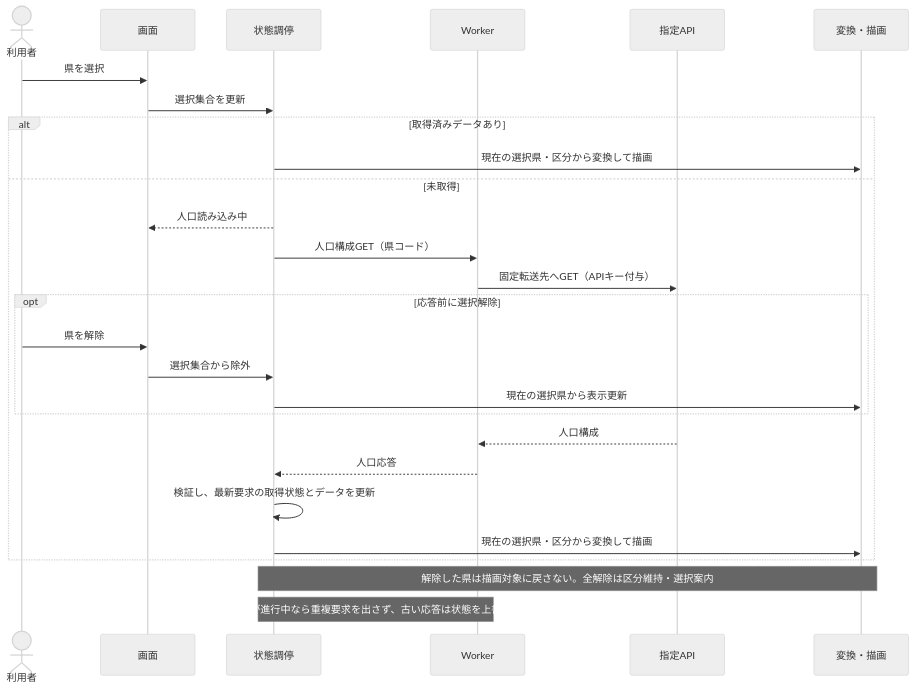
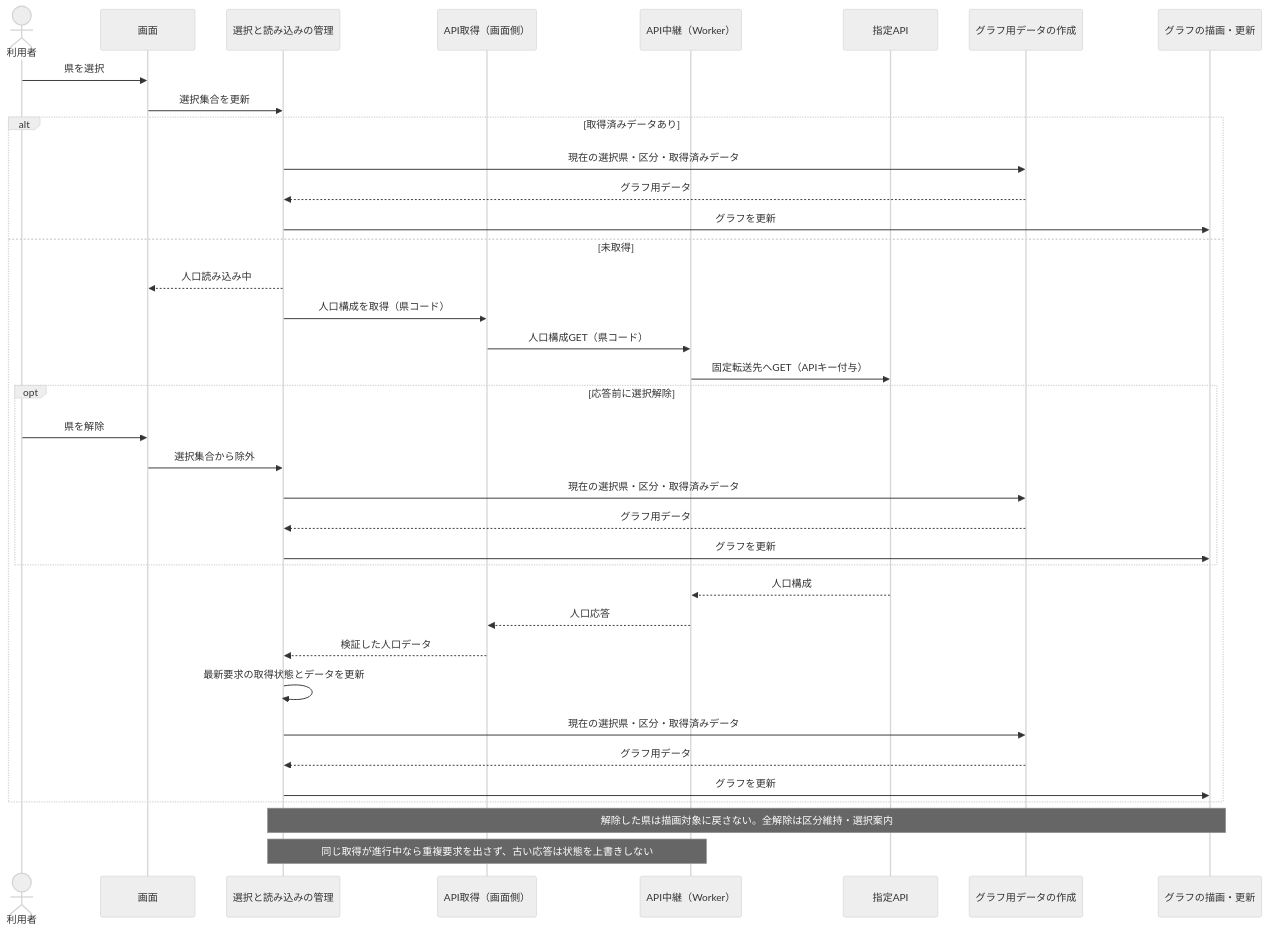
One commit to t2421/frontend-engineer-codecheck changed the third of 5 diagrams in docs/DESIGN.md. Above: the diagram before and after it, drawn with Mermaid (neutral theme). The commit also changed other lines of this file, not shown here.

````diff
--- a/docs/DESIGN.md
+++ b/docs/DESIGN.md
@@ -68,29 +70,39 @@
 ```mermaid
 sequenceDiagram
   actor User as 利用者
   participant UI as 画面
-  participant State as 状態調停
-  participant Worker as Worker
+  participant State as 選択と読み込みの管理
+  participant Fetch as API取得（画面側）
+  participant Worker as API中継（Worker）
   participant API as 指定API
-  participant Chart as 変換・描画
+  participant Transform as グラフ用データの作成
+  participant Chart as グラフの描画・更新
   User->>UI: 県を選択
   UI->>State: 選択集合を更新
   alt 取得済みデータあり
-    State->>Chart: 現在の選択県・区分から変換して描画
+    State->>Transform: 現在の選択県・区分・取得済みデータ
+    Transform-->>State: グラフ用データ
+    State->>Chart: グラフを更新
   else 未取得
     State-->>UI: 人口読み込み中
-    State->>Worker: 人口構成GET（県コード）
+    State->>Fetch: 人口構成を取得（県コード）
+    Fetch->>Worker: 人口構成GET（県コード）
     Worker->>API: 固定転送先へGET（APIキー付与）
     opt 応答前に選択解除
       User->>UI: 県を解除
       UI->>State: 選択集合から除外
-      State->>Chart: 現在の選択県から表示更新
+      State->>Transform: 現在の選択県・区分・取得済みデータ
+      Transform-->>State: グラフ用データ
+      State->>Chart: グラフを更新
     end
     API-->>Worker: 人口構成
-    Worker-->>State: 人口応答
-    State->>State: 検証し、最新要求の取得状態とデータを更新
-    State->>Chart: 現在の選択県・区分から変換して描画
+    Worker-->>Fetch: 人口応答
+    Fetch-->>State: 検証した人口データ
+    State->>State: 最新要求の取得状態とデータを更新
+    State->>Transform: 現在の選択県・区分・取得済みデータ
+    Transform-->>State: グラフ用データ
+    State->>Chart: グラフを更新
   end
   Note over State,Chart: 解除した県は描画対象に戻さない。全解除は区分維持・選択案内
   Note over State,Worker: 同じ取得が進行中なら重複要求を出さず、古い応答は状態を上書きしない
 ```
````
